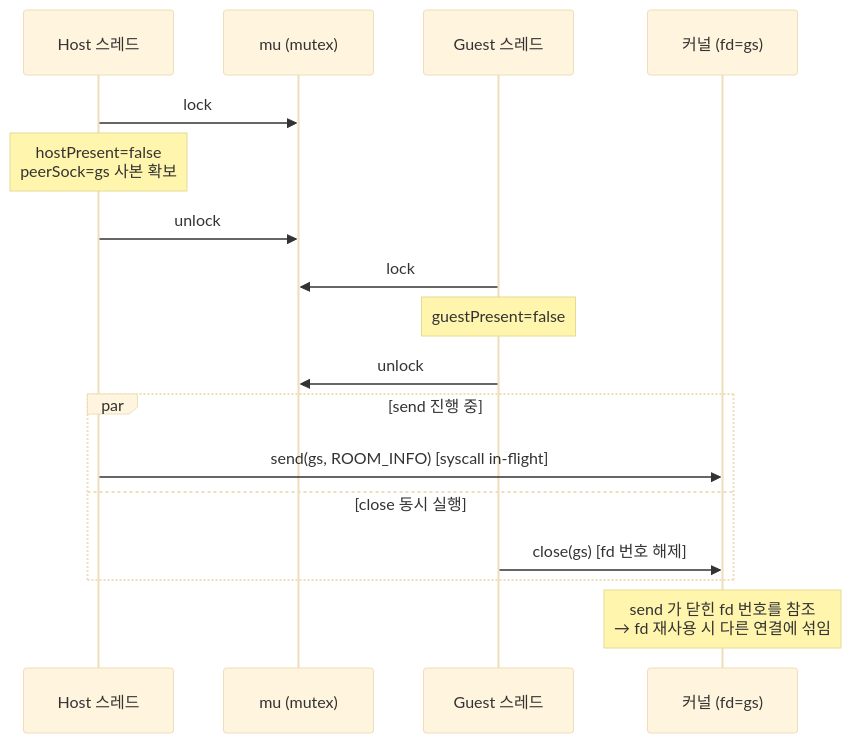
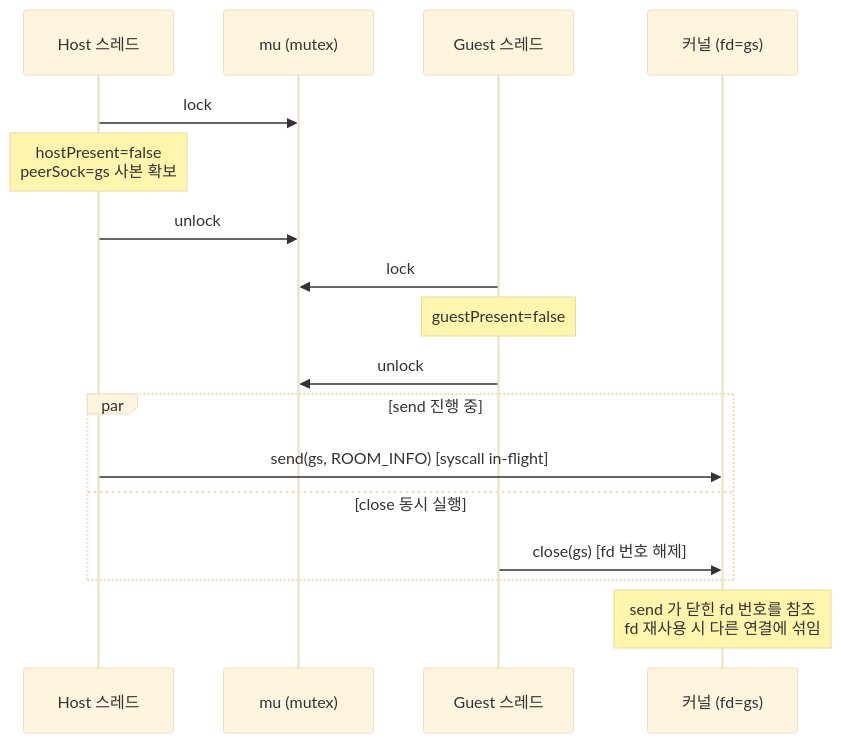
The sixth of 10 diagrams in docs/blog/part7-relay-server.md (Rein-ArXiv/Tetris-Multiplayer-RL), drawn with Mermaid (base theme) before and after one commit. The commit also changed other lines of this file and 41 other files, not shown here.

````diff
--- a/docs/blog/part7-relay-server.md
+++ b/docs/blog/part7-relay-server.md
@@ -823,20 +1910,20 @@
 ```mermaid
 sequenceDiagram
     participant H as Host 스레드
     participant M as mu (mutex)
     participant G as Guest 스레드
     participant FD as 커널 (fd=gs)
 
     H->>M: lock
     Note over H: hostPresent=false<br/>peerSock=gs 사본 확보
     H->>M: unlock
     G->>M: lock
     Note over G: guestPresent=false
     G->>M: unlock
     par send 진행 중
         H->>FD: send(gs, ROOM_INFO)  [syscall in-flight]
     and close 동시 실행
         G->>FD: close(gs)  [fd 번호 해제]
     end
-    Note over FD: send 가 닫힌 fd 번호를 참조<br/>→ fd 재사용 시 다른 연결에 섞임
+    Note over FD: send 가 닫힌 fd 번호를 참조<br/>fd 재사용 시 다른 연결에 섞임
 ```
````
